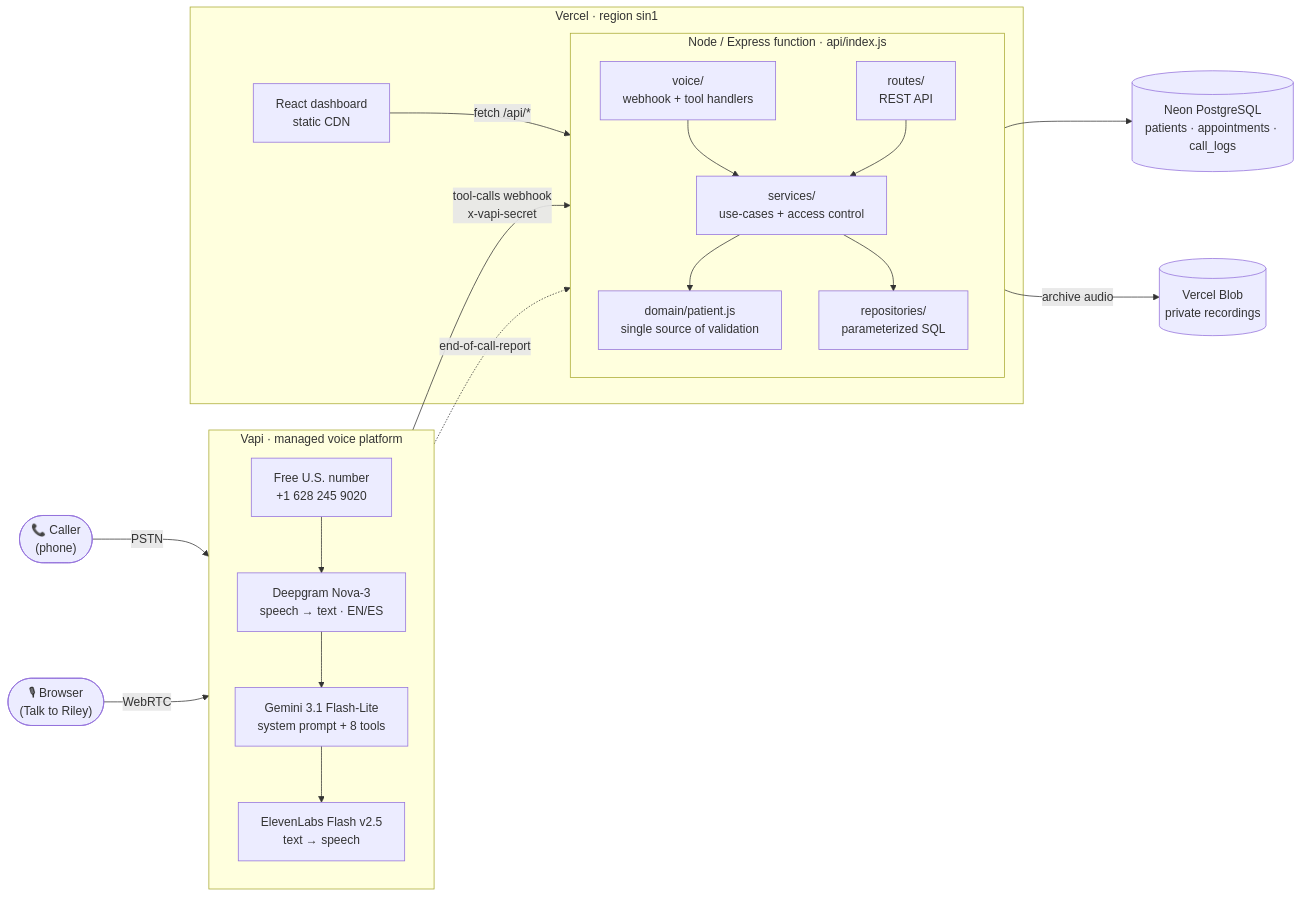
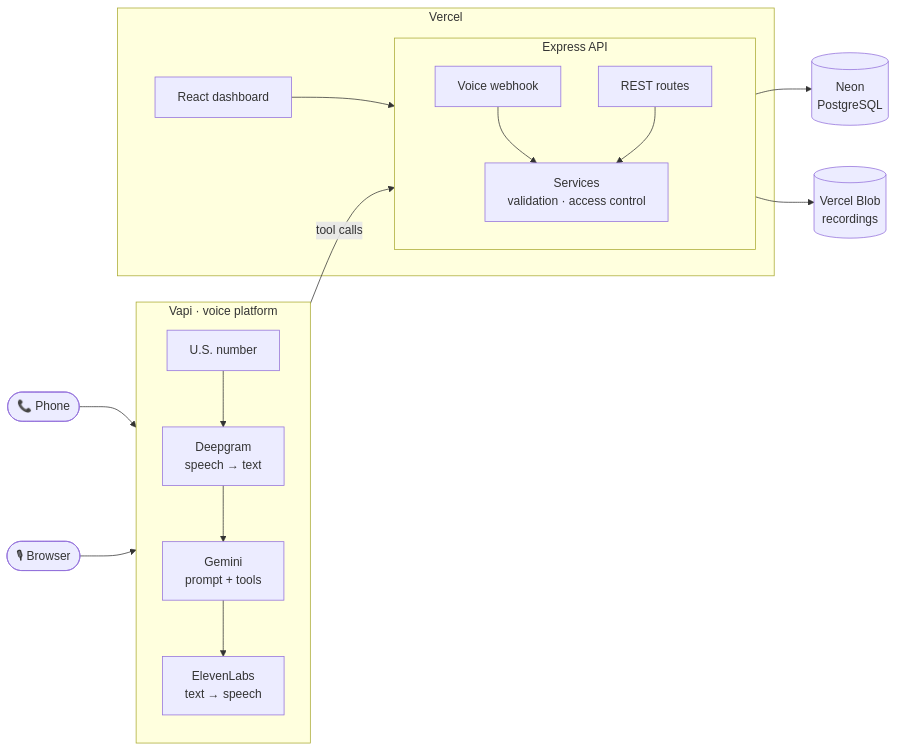
One commit to MHadiShahid/VoiceAI changed the first of 3 diagrams in README.md. Above: the diagram before and after it, drawn with Mermaid. The commit also changed other lines of this file, not shown here.

Commit message:
Shorten and simplify README; note verified live phone call

````diff
--- a/README.md
+++ b/README.md
@@ -102,34 +59,29 @@
 ```mermaid
 flowchart LR
-    caller(["📞 Caller<br/>(phone)"]) -->|PSTN| num
-    browser(["🎙 Browser<br/>(Talk to Riley)"]) -->|WebRTC| num
+    caller(["📞 Phone"]) --> num
+    browser(["🎙 Browser"]) --> num
 
-    subgraph vapi["Vapi · managed voice platform"]
+    subgraph vapi["Vapi · voice platform"]
         direction TB
-        num["Free U.S. number<br/>+1 628 245 9020"] --> stt["Deepgram Nova-3<br/>speech → text · EN/ES"]
-        stt --> llm["Gemini 3.1 Flash-Lite<br/>system prompt + 8 tools"]
-        llm --> tts["ElevenLabs Flash v2.5<br/>text → speech"]
+        num["U.S. number"] --> stt["Deepgram<br/>speech → text"]
+        stt --> llm["Gemini<br/>prompt + tools"]
+        llm --> tts["ElevenLabs<br/>text → speech"]
     end
 
-    subgraph vercel["Vercel · region sin1"]
-        spa["React dashboard<br/>static CDN"]
-        subgraph fn["Node / Express function · api/index.js"]
+    subgraph vercel["Vercel"]
+        spa["React dashboard"]
+        subgraph api["Express API"]
             direction TB
-            hook["voice/<br/>webhook + tool handlers"]
-            rest["routes/<br/>REST API"]
-            svc["services/<br/>use-cases + access control"]
-            dom["domain/patient.js<br/>single source of validation"]
-            repo["repositories/<br/>parameterized SQL"]
+            hook["Voice webhook"]
+            rest["REST routes"]
+            svc["Services<br/>validation · access control"]
         end
     end
 
-    llm -->|"tool-calls webhook<br/>x-vapi-secret"| hook
-    tts -.->|"end-of-call-report"| hook
-    spa -->|"fetch /api/*"| rest
+    llm -->|"tool calls"| hook
+    spa --> rest
     hook --> svc
     rest --> svc
-    svc --> dom
-    svc --> repo
-    repo --> db[("Neon PostgreSQL<br/>patients · appointments · call_logs")]
-    svc -->|"archive audio"| blob[("Vercel Blob<br/>private recordings")]
+    svc --> db[("Neon<br/>PostgreSQL")]
+    svc --> blob[("Vercel Blob<br/>recordings")]
 ```
````
